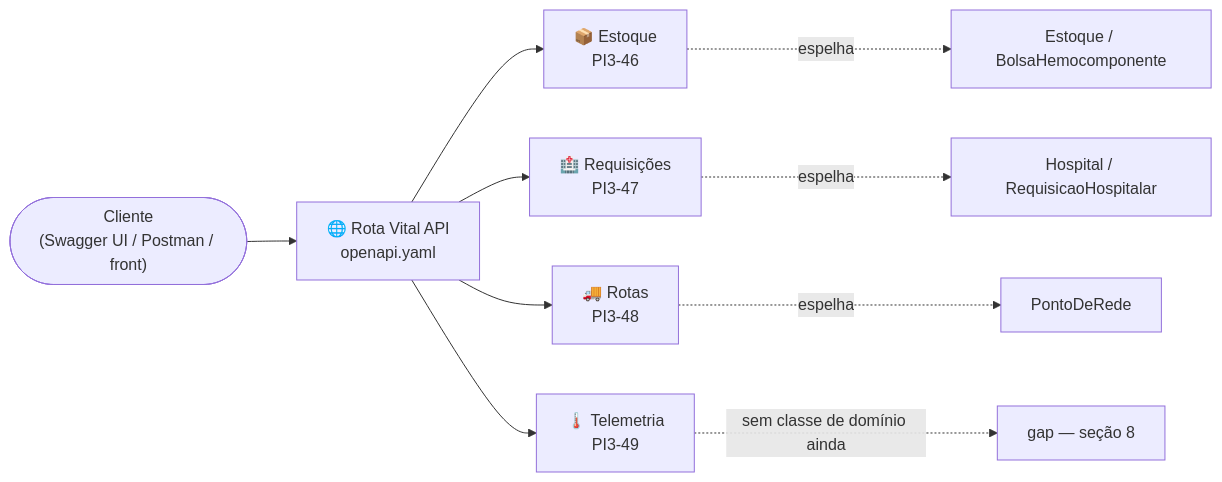
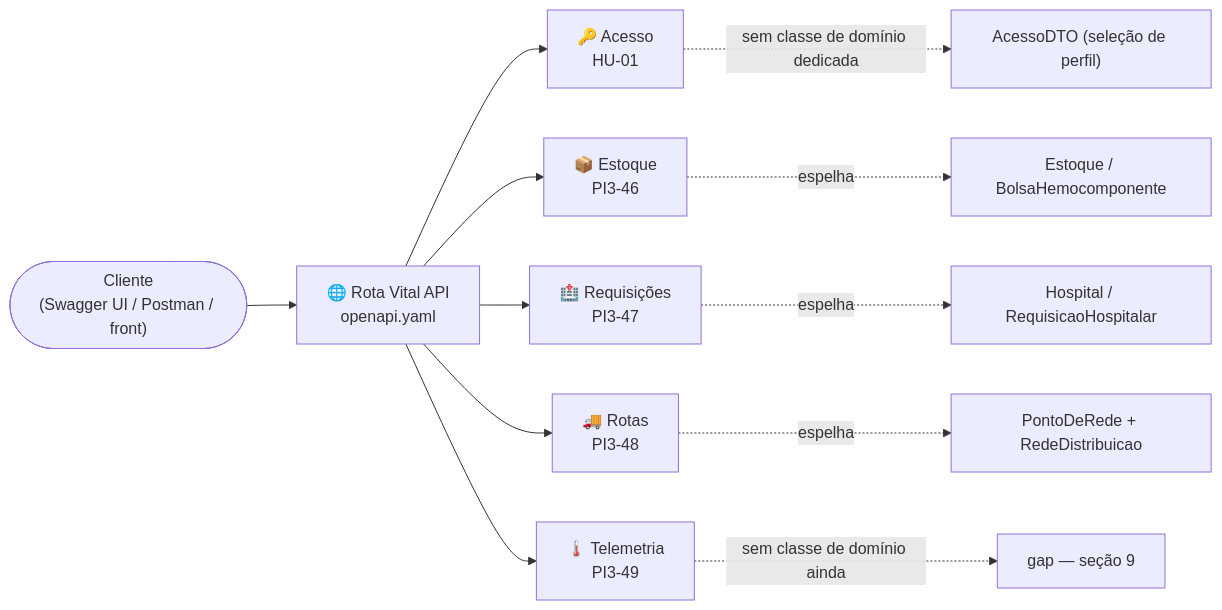
One commit to viictorpaes/Rotavital changed the first of 4 diagrams in docs/CONTRATOS_DE_API.md. Above: the diagram before and after it, drawn with Mermaid. The commit also changed other lines of this file and 13 other files, not shown here.

````diff
--- a/docs/CONTRATOS_DE_API.md
+++ b/docs/CONTRATOS_DE_API.md
@@ -39,14 +40,16 @@
 ```mermaid
 flowchart LR
     C(["Cliente<br/>(Swagger UI / Postman / front)"]) --> API["🌐 Rota Vital API<br/>openapi.yaml"]
 
+    API --> M0["🔑 Acesso<br/>HU-01"]
     API --> M1["📦 Estoque<br/>PI3-46"]
     API --> M2["🏥 Requisições<br/>PI3-47"]
     API --> M3["🚚 Rotas<br/>PI3-48"]
     API --> M4["🌡️ Telemetria<br/>PI3-49"]
 
+    M0 -. "sem classe de domínio dedicada" .-> D0["AcessoDTO (seleção de perfil)"]
     M1 -. "espelha" .-> D1["Estoque / BolsaHemocomponente"]
     M2 -. "espelha" .-> D2["Hospital / RequisicaoHospitalar"]
-    M3 -. "espelha" .-> D3["PontoDeRede"]
-    M4 -. "sem classe de domínio ainda" .-> D4["gap — seção 8"]
+    M3 -. "espelha" .-> D3["PontoDeRede + RedeDistribuicao"]
+    M4 -. "sem classe de domínio ainda" .-> D4["gap — seção 9"]
 ```
````
